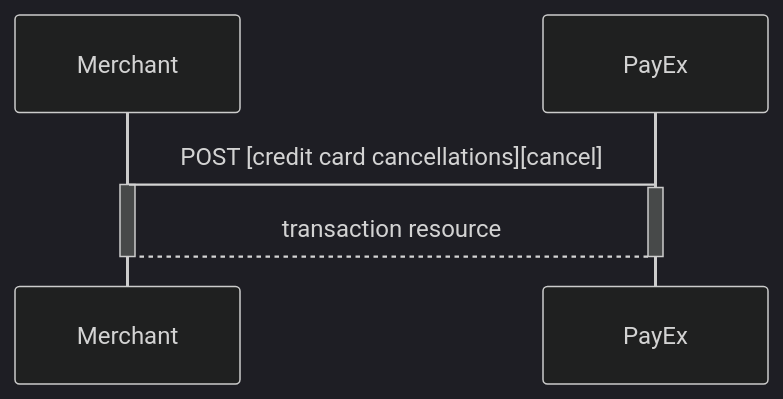
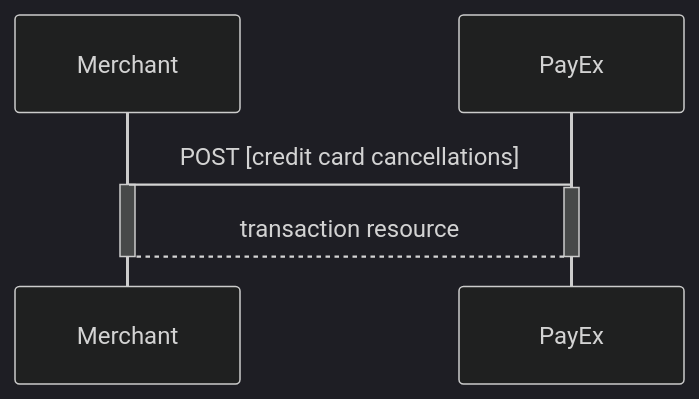
Before and after one commit to SwedbankPay/developer.swedbankpay.com: the ninth of 10 diagrams in payments/credit-card/after-payment.md, drawn with Mermaid (dark theme). The commit also changed other lines of this file, not shown here.

Commit message:
DX-266 fixed tables and, removed links in Mermaid diagrams, and fixing links

````diff
--- a/payments/credit-card/after-payment.md
+++ b/payments/credit-card/after-payment.md
@@ -704,9 +699,9 @@
 ```mermaid
 sequenceDiagram
-  Merchant->PayEx: POST [credit card cancellations][cancel]
+  Merchant->PayEx: POST [credit card cancellations]
   Activate Merchant
   Activate PayEx
   PayEx-->Merchant: transaction resource
   Deactivate PayEx
   Deactivate Merchant
 ```
````
